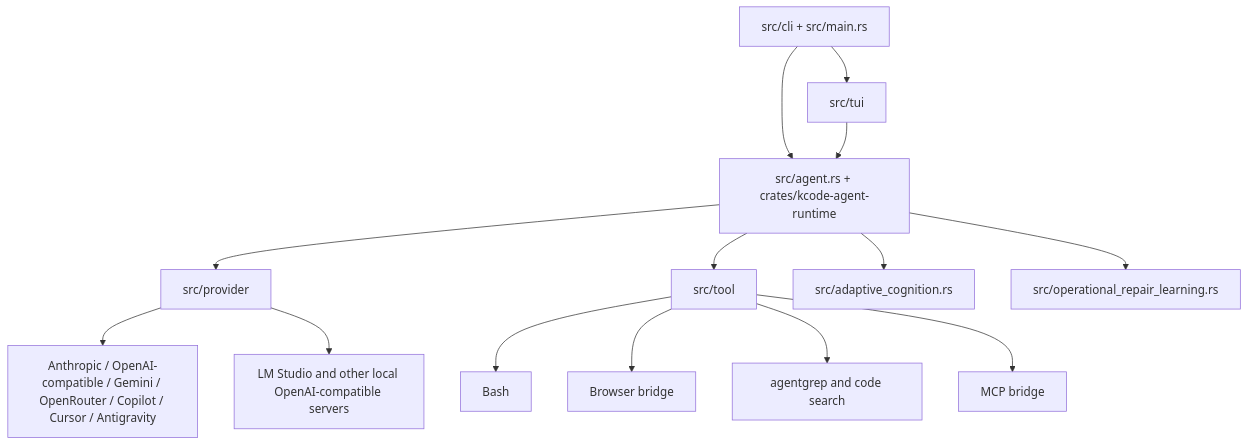
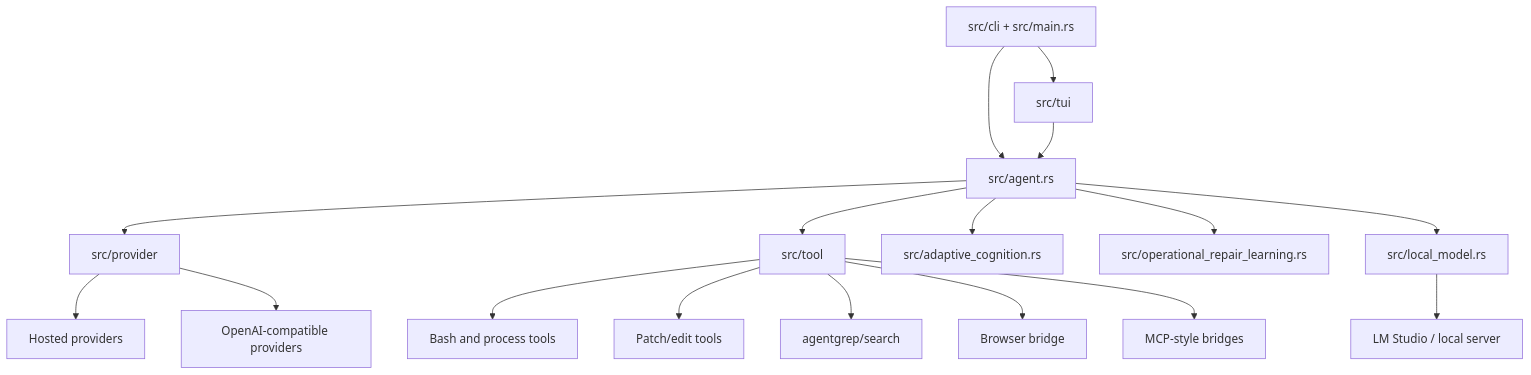
One commit to icedmoca/neura changed the first of 2 diagrams in docs/ARCHITECTURE.md. Above: the diagram before and after it, drawn with Mermaid. The commit also changed other lines of this file and 7 other files, not shown here.

````diff
--- a/docs/ARCHITECTURE.md
+++ b/docs/ARCHITECTURE.md
@@ -7,16 +15,19 @@
 ```mermaid
 flowchart TD
     CLI[src/cli + src/main.rs] --> TUI[src/tui]
-    CLI --> Runtime[src/agent.rs + crates/kcode-agent-runtime]
+    CLI --> Runtime[src/agent.rs]
     TUI --> Runtime
     Runtime --> Providers[src/provider]
     Runtime --> Tools[src/tool]
     Runtime --> Memory[src/adaptive_cognition.rs]
-    Runtime --> Ops[src/operational_repair_learning.rs]
-    Providers --> Cloud[Anthropic / OpenAI-compatible / Gemini / OpenRouter / Copilot / Cursor / Antigravity]
-    Providers --> Local[LM Studio and other local OpenAI-compatible servers]
-    Tools --> Shell[Bash]
+    Runtime --> Repair[src/operational_repair_learning.rs]
+    Runtime --> Local[src/local_model.rs]
+    Providers --> Cloud[Hosted providers]
+    Providers --> Compatible[OpenAI-compatible providers]
+    Local --> LM[LM Studio / local server]
+    Tools --> Shell[Bash and process tools]
+    Tools --> Edit[Patch/edit tools]
+    Tools --> Search[agentgrep/search]
     Tools --> Browser[Browser bridge]
-    Tools --> Search[agentgrep and code search]
-    Tools --> MCP[MCP bridge]
+    Tools --> MCP[MCP-style bridges]
 ```
````
